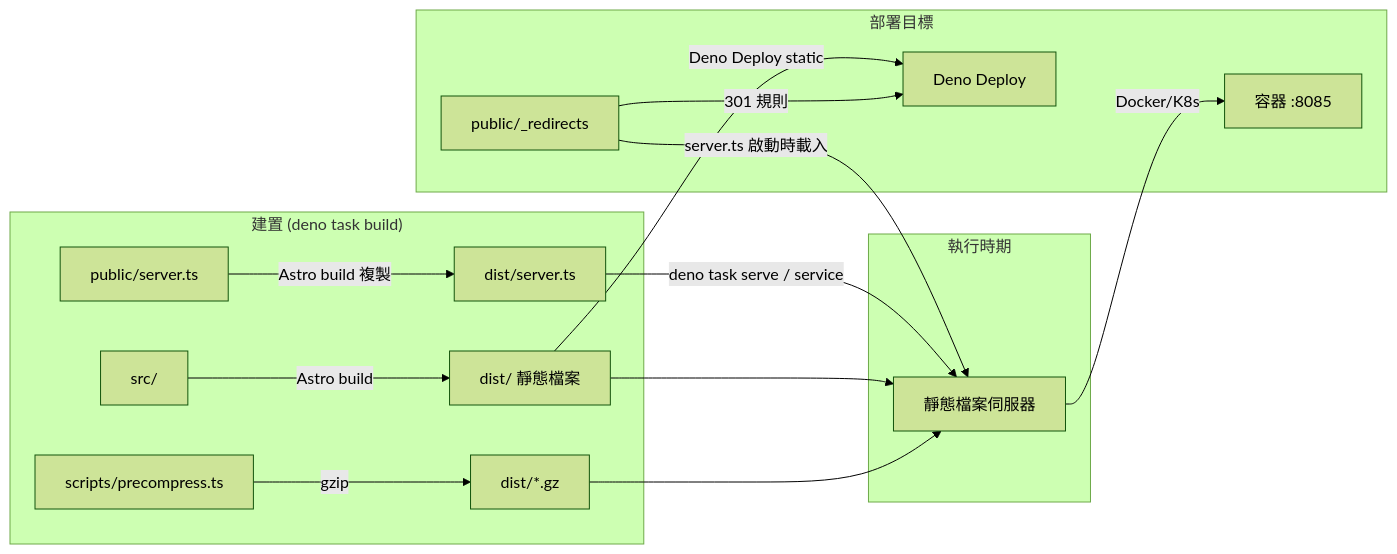
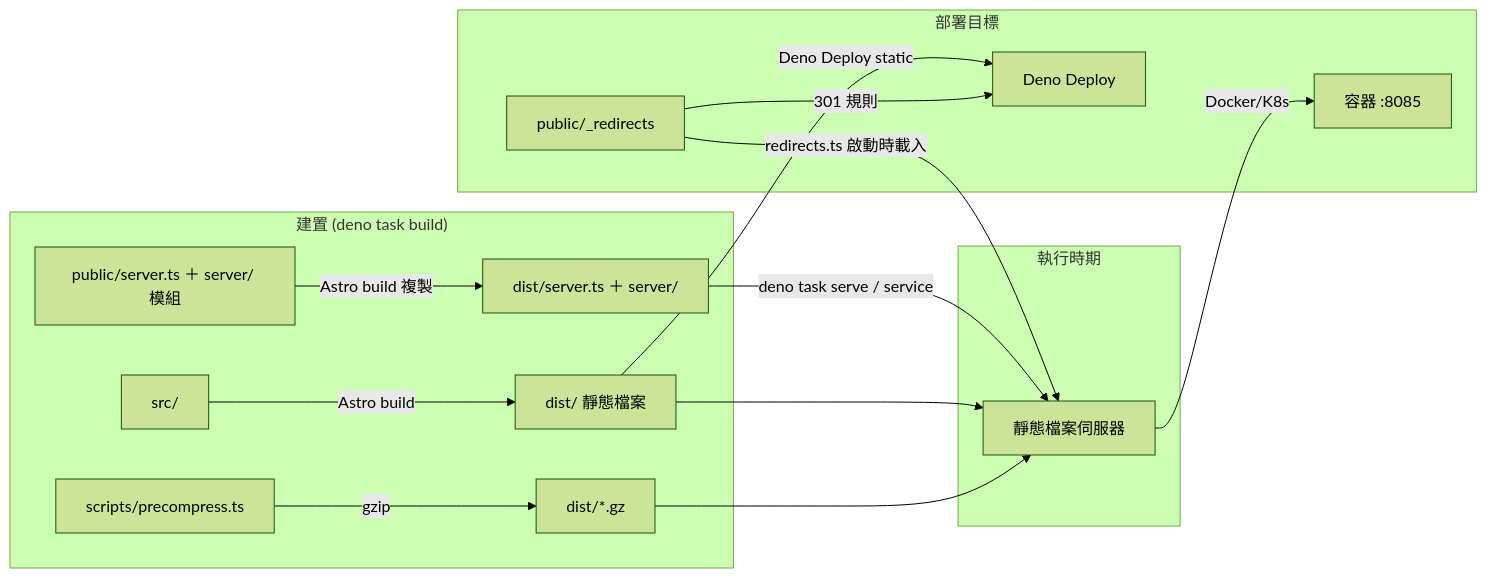
Before and after one commit to neko0xff/blog_astroV2: the diagram in docs/blog_arch.md, drawn with Mermaid (forest theme). The commit also changed other lines of this file and 40 other files, not shown here.

````diff
--- a/docs/blog_arch.md
+++ b/docs/blog_arch.md
@@ -17,21 +17,21 @@
 ```mermaid
 flowchart LR
     subgraph Build["建置 (deno task build)"]
-        A[public/server.ts] -->|Astro build 複製| D[dist/server.ts]
+        A[public/server.ts ＋ server/ 模組] -->|Astro build 複製| D[dist/server.ts ＋ server/]
         S[src/] -->|Astro build| D2[dist/ 靜態檔案]
         P[scripts/precompress.ts] -->|gzip| D3[dist/*.gz]
     end
 
     subgraph Runtime["執行時期"]
         D -->|deno task serve / service| S1[靜態檔案伺服器]
         D2 --> S1
         D3 --> S1
     end
 
     subgraph Deploy["部署目標"]
         S1 -->|Docker/K8s| C1[容器 :8085]
         D2 -->|Deno Deploy static| C2[Deno Deploy]
         R[public/_redirects] -->|301 規則| C2
-        R -->|server.ts 啟動時載入| S1
+        R -->|redirects.ts 啟動時載入| S1
     end
 ```
````
